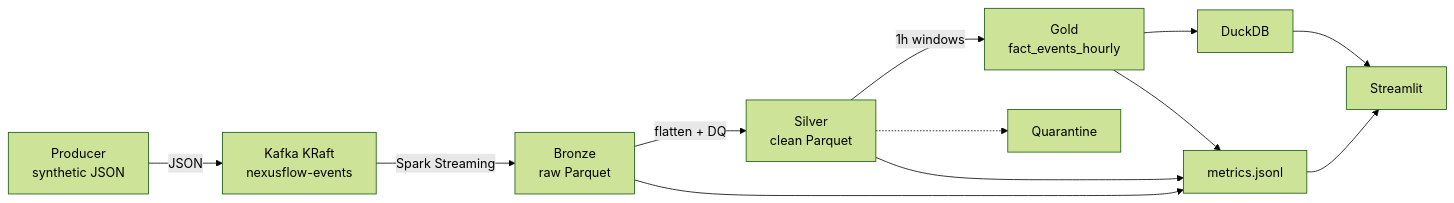
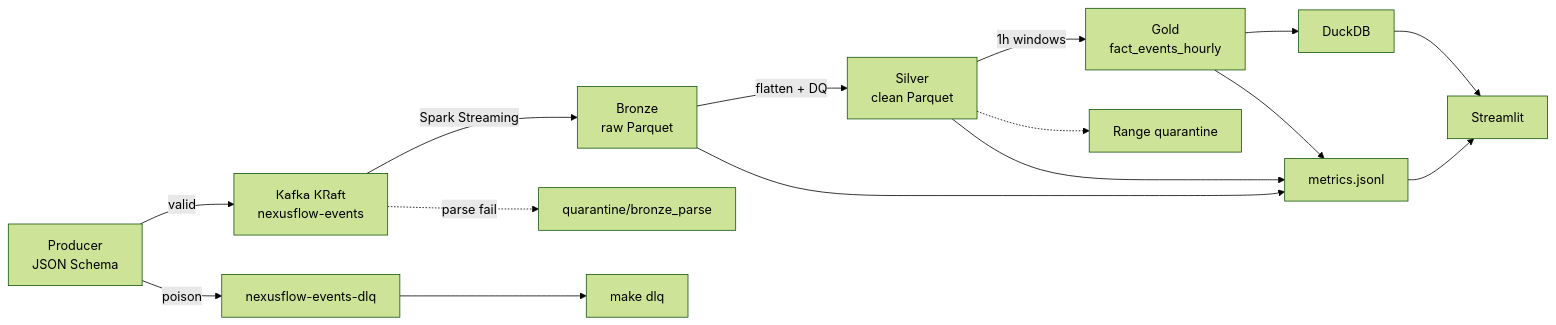
Before and after one commit to sauravpatel0512/NexusFlow-X: the diagram in README.md, drawn with Mermaid (forest theme). The commit also changed other lines of this file and 14 other files, not shown here.

First line of the commit message:
Add JSON Schema producer contract and Kafka DLQ.

````diff
--- a/README.md
+++ b/README.md
@@ -14,14 +14,17 @@
 ```mermaid
 flowchart LR
-  Producer["Producer<br>synthetic JSON"] -->|JSON| Kafka["Kafka KRaft<br>nexusflow-events"]
+  Producer["Producer<br>JSON Schema"] -->|valid| Kafka["Kafka KRaft<br>nexusflow-events"]
+  Producer -->|poison| DLQ["nexusflow-events-dlq"]
   Kafka -->|"Spark Streaming"| Bronze["Bronze<br>raw Parquet"]
+  Kafka -.->|parse fail| ParseQ["quarantine/bronze_parse"]
   Bronze -->|"flatten + DQ"| Silver["Silver<br>clean Parquet"]
   Silver -->|"1h windows"| Gold["Gold<br>fact_events_hourly"]
-  Silver -.-> Quarantine["Quarantine"]
+  Silver -.-> Quarantine["Range quarantine"]
   Gold --> DuckDB["DuckDB"]
   DuckDB --> Dashboard["Streamlit"]
   Bronze --> Metrics["metrics.jsonl"]
   Silver --> Metrics
   Gold --> Metrics
   Metrics --> Dashboard
+  DLQ --> ConsumeDlq["make dlq"]
 ```
````
